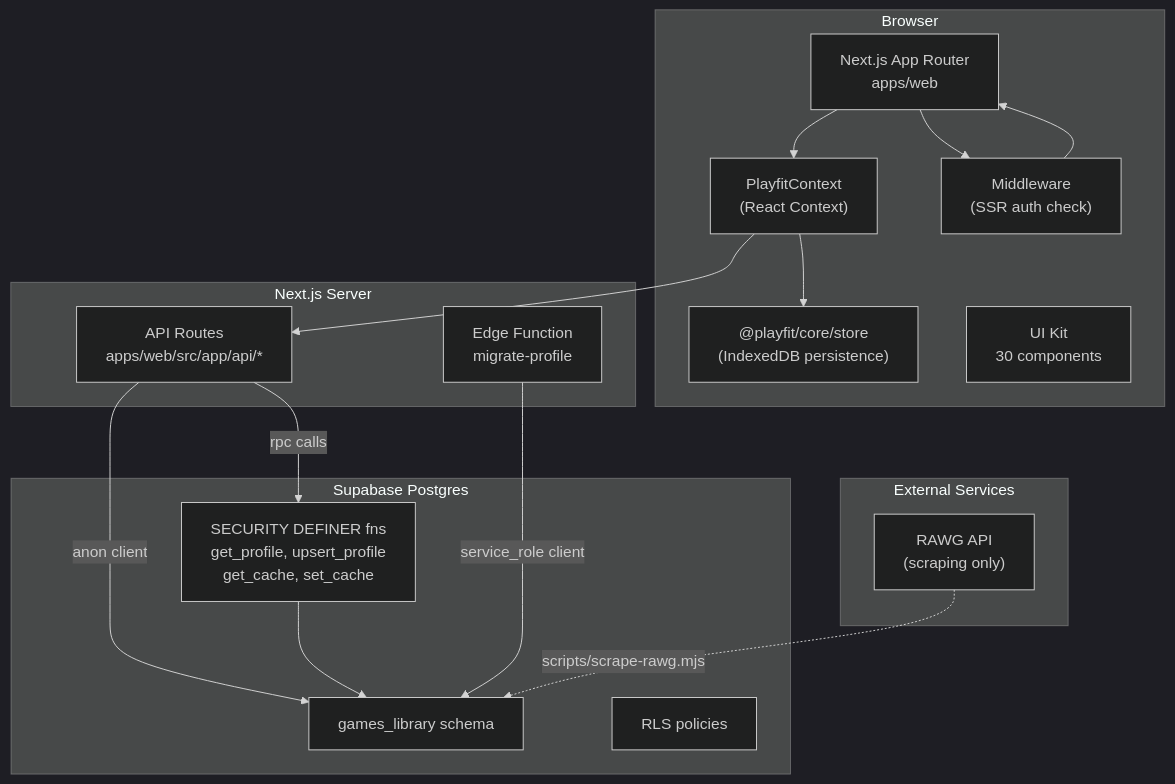
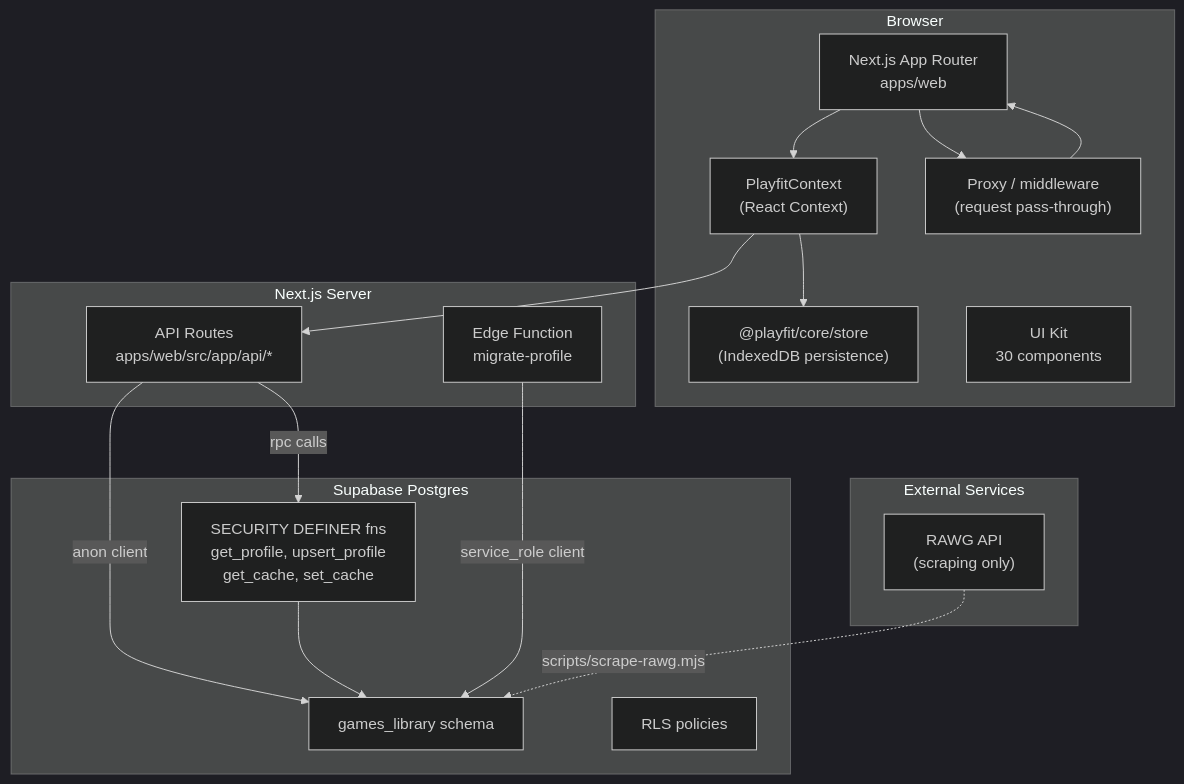
The first of 3 diagrams in docs/ARCHITECTURE.md (carloseav15/playfit), drawn with Mermaid (dark theme) before and after one commit. The commit also changed other lines of this file and 18 other files, not shown here.

````diff
--- a/docs/ARCHITECTURE.md
+++ b/docs/ARCHITECTURE.md
@@ -9,36 +9,36 @@
 ```mermaid
 graph TD
     subgraph Client["Browser"]
         A["Next.js App Router<br/>apps/web"]
         B["PlayfitContext<br/>(React Context)"]
         C["@playfit/core/store<br/>(IndexedDB persistence)"]
         D["UI Kit<br/>30 components"]
-        E["Middleware<br/>(SSR auth check)"]
+        E["Proxy / middleware<br/>(request pass-through)"]
     end
 
     subgraph Server["Next.js Server"]
         F["API Routes<br/>apps/web/src/app/api/*"]
         G["Edge Function<br/>migrate-profile"]
     end
 
     subgraph Database["Supabase Postgres"]
         H["games_library schema"]
         I["SECURITY DEFINER fns<br/>get_profile, upsert_profile<br/>get_cache, set_cache"]
         J["RLS policies"]
     end
 
     subgraph External["External Services"]
         K["RAWG API<br/>(scraping only)"]
     end
 
     A --> E
     E --> A
     A --> B
     B --> C
     B --> F
     F -->|anon client| H
     F -->|rpc calls| I
     I --> H
     G -->|service_role client| H
     K -.->|scripts/scrape-rawg.mjs| H
 ```
````
